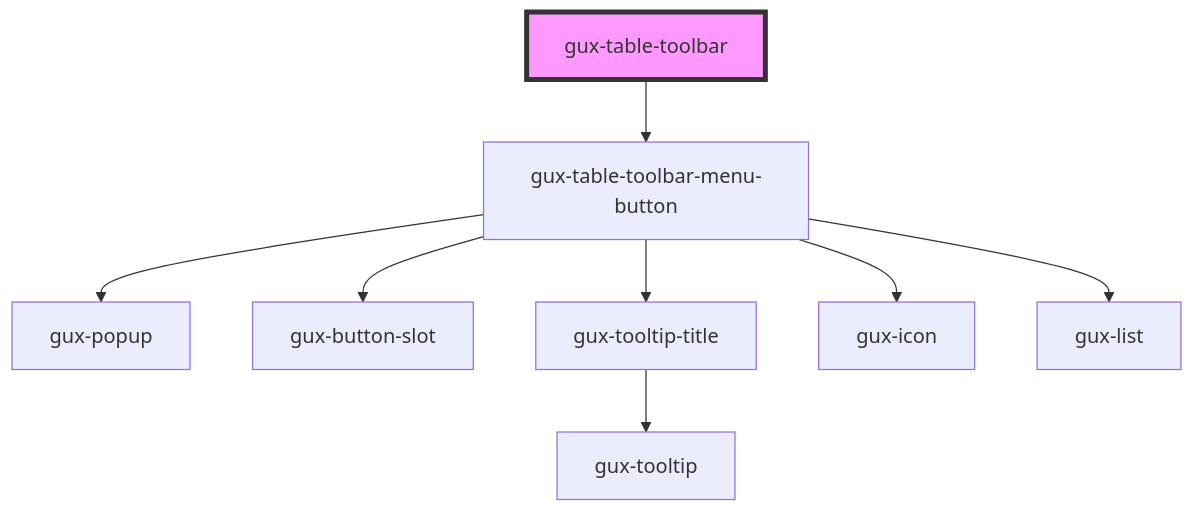
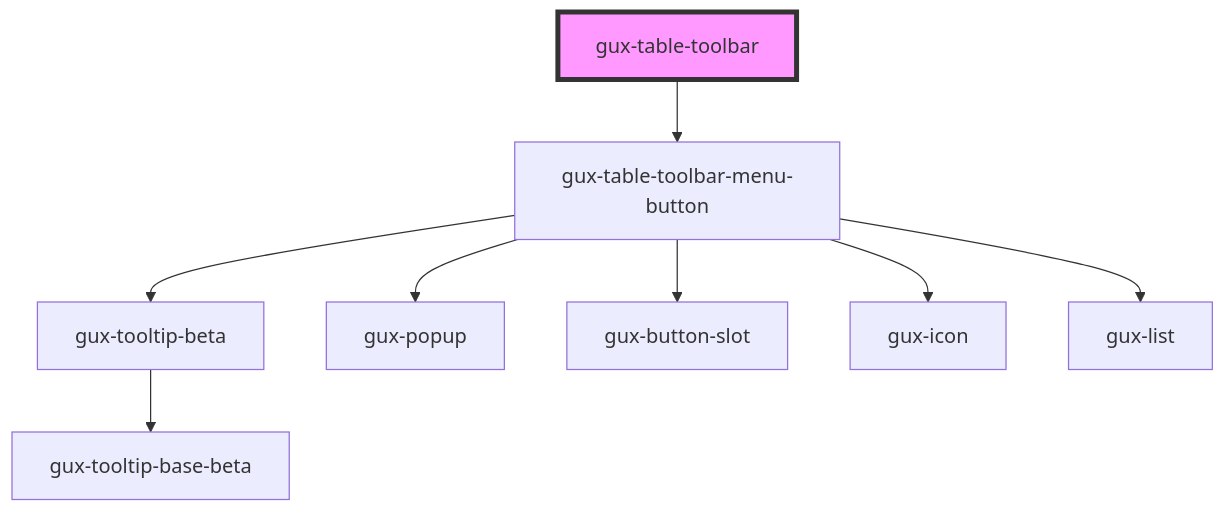
One commit to MyPureCloud/genesys-spark changed the diagram in packages/genesys-spark-components/src/components/stable/gux-table-toolbar/readme.md. Above: the diagram before and after it, drawn with Mermaid. The commit also changed 6 other files, not shown here.

First line of the commit message:
fix(table-toolbar): fix tooltip overlapping menu when expanded

````diff
--- a/packages/genesys-spark-components/src/components/stable/gux-table-toolbar/readme.md
+++ b/packages/genesys-spark-components/src/components/stable/gux-table-toolbar/readme.md
@@ -26,11 +26,11 @@
 ```mermaid
 graph TD;
   gux-table-toolbar --> gux-table-toolbar-menu-button
+  gux-table-toolbar-menu-button --> gux-tooltip-beta
   gux-table-toolbar-menu-button --> gux-popup
   gux-table-toolbar-menu-button --> gux-button-slot
-  gux-table-toolbar-menu-button --> gux-tooltip-title
   gux-table-toolbar-menu-button --> gux-icon
   gux-table-toolbar-menu-button --> gux-list
-  gux-tooltip-title --> gux-tooltip
+  gux-tooltip-beta --> gux-tooltip-base-beta
   style gux-table-toolbar fill:#f9f,stroke:#333,stroke-width:4px
 ```
````
